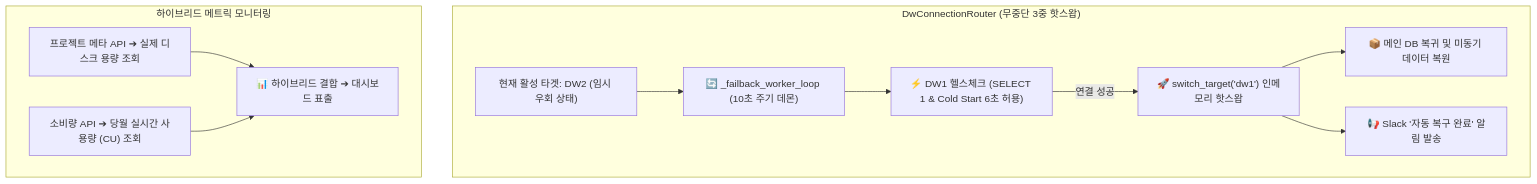
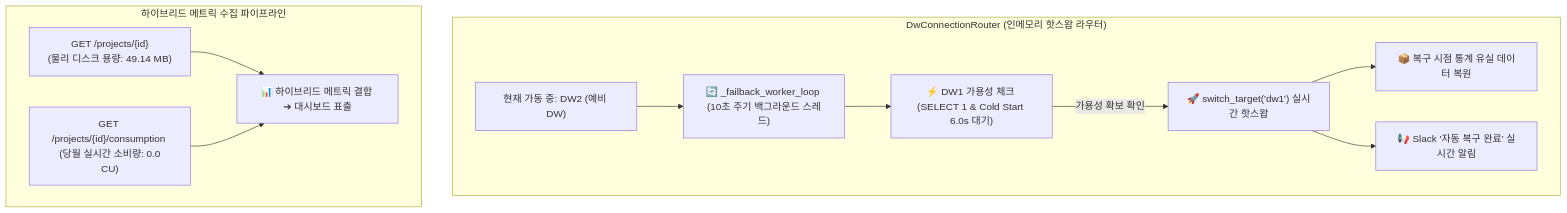
The diagram in content/posts/picksafe/2026-09-01-Multi-DW-자동-복구-Auto-Failback-및-글로벌-리셋-타임존-동기화-아키텍처.md (daniel-dataflow/daniel-dataflow.github.io), drawn with Mermaid before and after one commit. The commit also changed other lines of this file and 61 other files, not shown here.

````diff
--- a/content/posts/picksafe/2026-09-01-Multi-DW-자동-복구-Auto-Failback-및-글로벌-리셋-타임존-동기화-아키텍처.md
+++ b/content/posts/picksafe/2026-09-01-Multi-DW-자동-복구-Auto-Failback-및-글로벌-리셋-타임존-동기화-아키텍처.md
@@ -63,25 +71,25 @@
 ```mermaid
 flowchart TD
-    subgraph DW_Router ["DwConnectionRouter (무중단 3중 핫스왑)"]
-        ACTIVE["현재 활성 타겟: DW2 (임시 우회 상태)"]
-        WORKER["🔄 _failback_worker_loop (10초 주기 데몬)"]
-        PING["⚡ DW1 헬스체크 (SELECT 1 & Cold Start 6초 허용)"]
-        SWAP["🚀 switch_target('dw1') 인메모리 핫스왑"]
-        RESTORE["📦 메인 DB 복귀 및 미동기 데이터 복원"]
-        SLACK["📢 Slack '자동 복구 완료' 알림 발송"]
+    subgraph DW_Router ["DwConnectionRouter (인메모리 핫스왑 라우터)"]
+        ACTIVE["현재 가동 중: DW2 (예비 DW)"]
+        WORKER["🔄 _failback_worker_loop (10초 주기 백그라운드 스레드)"]
+        PING["⚡ DW1 가용성 체크 (SELECT 1 & Cold Start 6.0s 대기)"]
+        SWAP["🚀 switch_target('dw1') 실시간 핫스왑"]
+        RESTORE["📦 복구 시점 통계 유실 데이터 복원"]
+        SLACK["📢 Slack '자동 복구 완료' 실시간 알림"]
     end
 
-    subgraph Metrics_Pipeline ["하이브리드 메트릭 모니터링"]
-        M1["프로젝트 메타 API ➔ 실제 디스크 용량 조회"]
-        M2["소비량 API ➔ 당월 실시간 사용량 (CU) 조회"]
-        M_COMBINE["📊 하이브리드 결합 ➔ 대시보드 표출"]
+    subgraph Metrics_Pipeline ["하이브리드 메트릭 수집 파이프라인"]
+        M1["GET /projects/{id} <br> (물리 디스크 용량: 49.14 MB)"]
+        M2["GET /projects/{id}/consumption <br> (당월 실시간 소비량: 0.0 CU)"]
+        M_COMBINE["📊 하이브리드 메트릭 결합 ➔ 대시보드 표출"]
     end
 
     ACTIVE --> WORKER
     WORKER --> PING
-    PING -->|연결 성공| SWAP
+    PING -->|가용성 확보 확인| SWAP
     SWAP --> RESTORE
     SWAP --> SLACK
     M1 --> M_COMBINE
     M2 --> M_COMBINE
 ```
````
